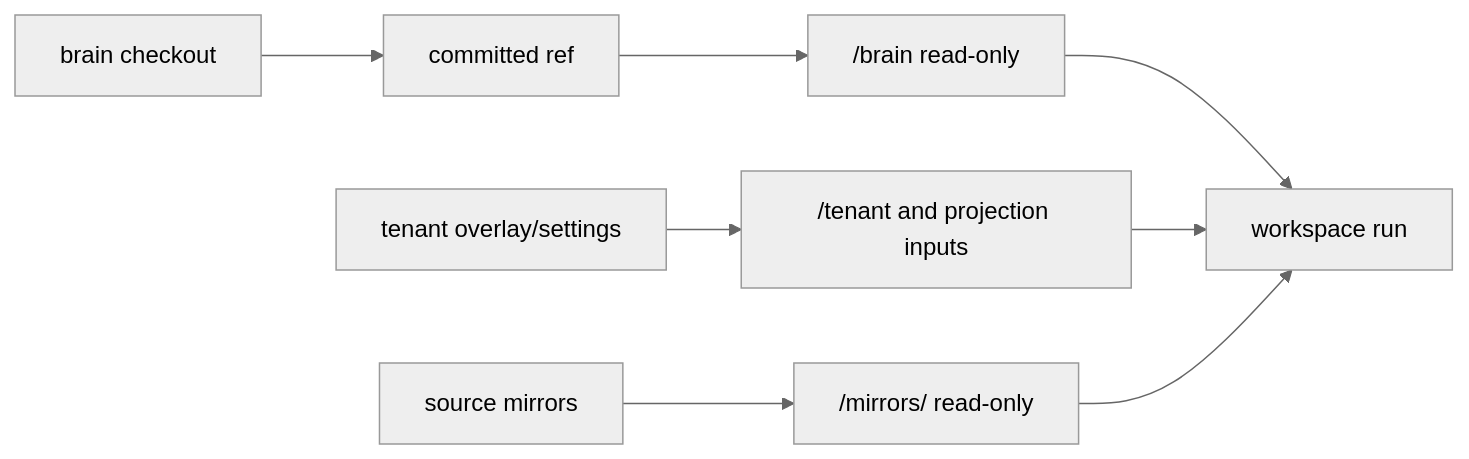
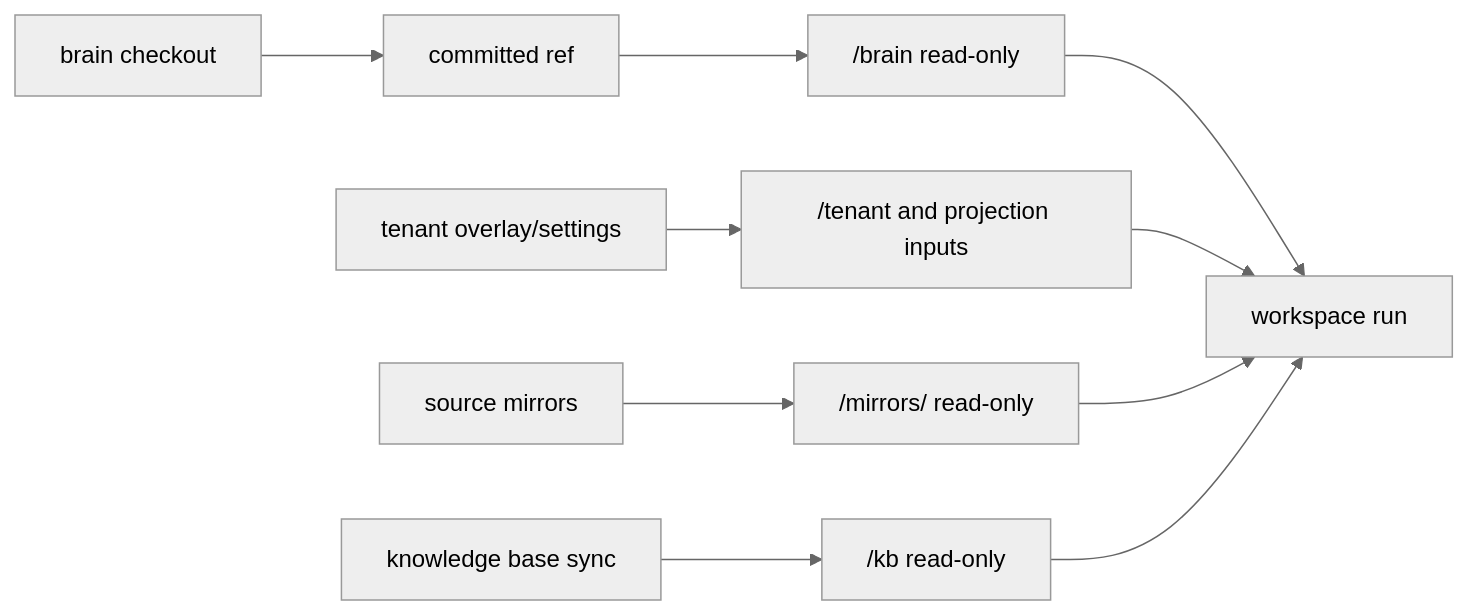
Before and after one commit to rootcause-org/rootcause-brain-skills: the diagram in docs/brain-model.md, drawn with Mermaid (neutral theme). The commit also changed other lines of this file and 10 other files, not shown here.

````diff
--- a/docs/brain-model.md
+++ b/docs/brain-model.md
@@ -23,10 +79,12 @@
 ```mermaid
 flowchart LR
     C["brain checkout"] --> P["committed ref"]
     P --> B["/brain read-only"]
     T["tenant overlay/settings"] --> O["/tenant and projection inputs"]
     M["source mirrors"] --> R["/mirrors/<name> read-only"]
+    K["knowledge base sync"] --> KB["/kb read-only"]
     B --> W["workspace run"]
     O --> W
     R --> W
+    KB --> W
 ```
````
